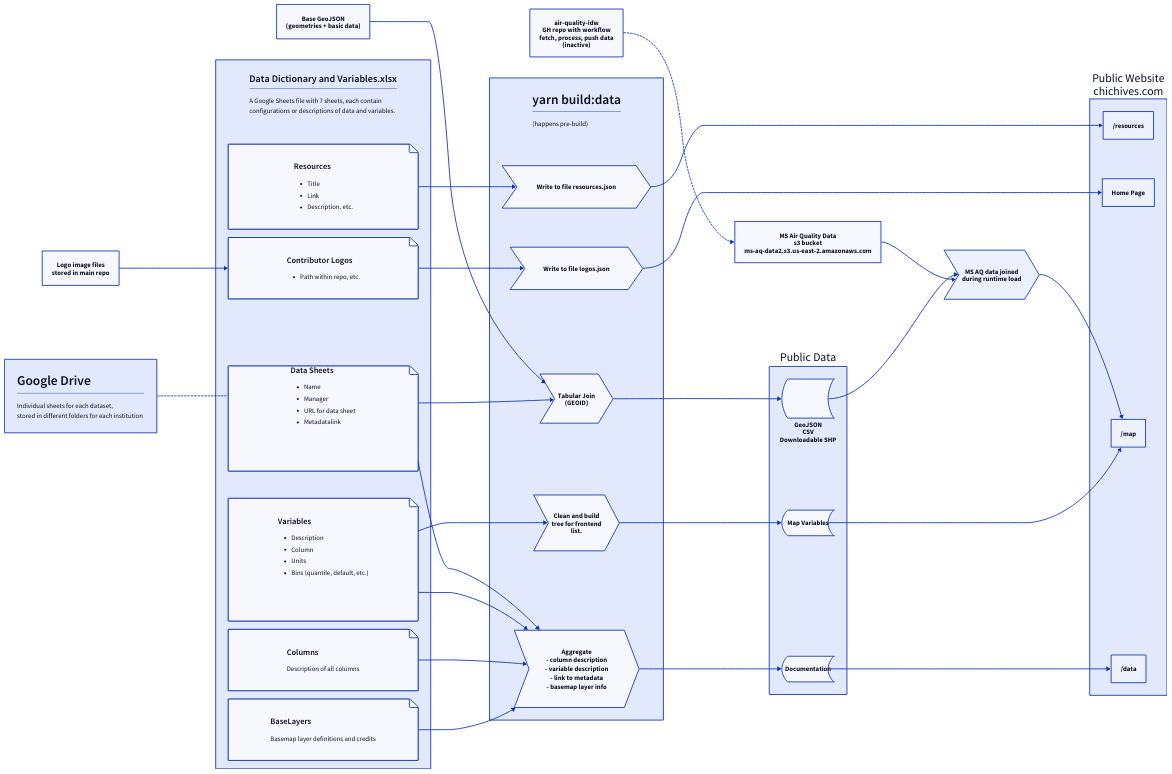
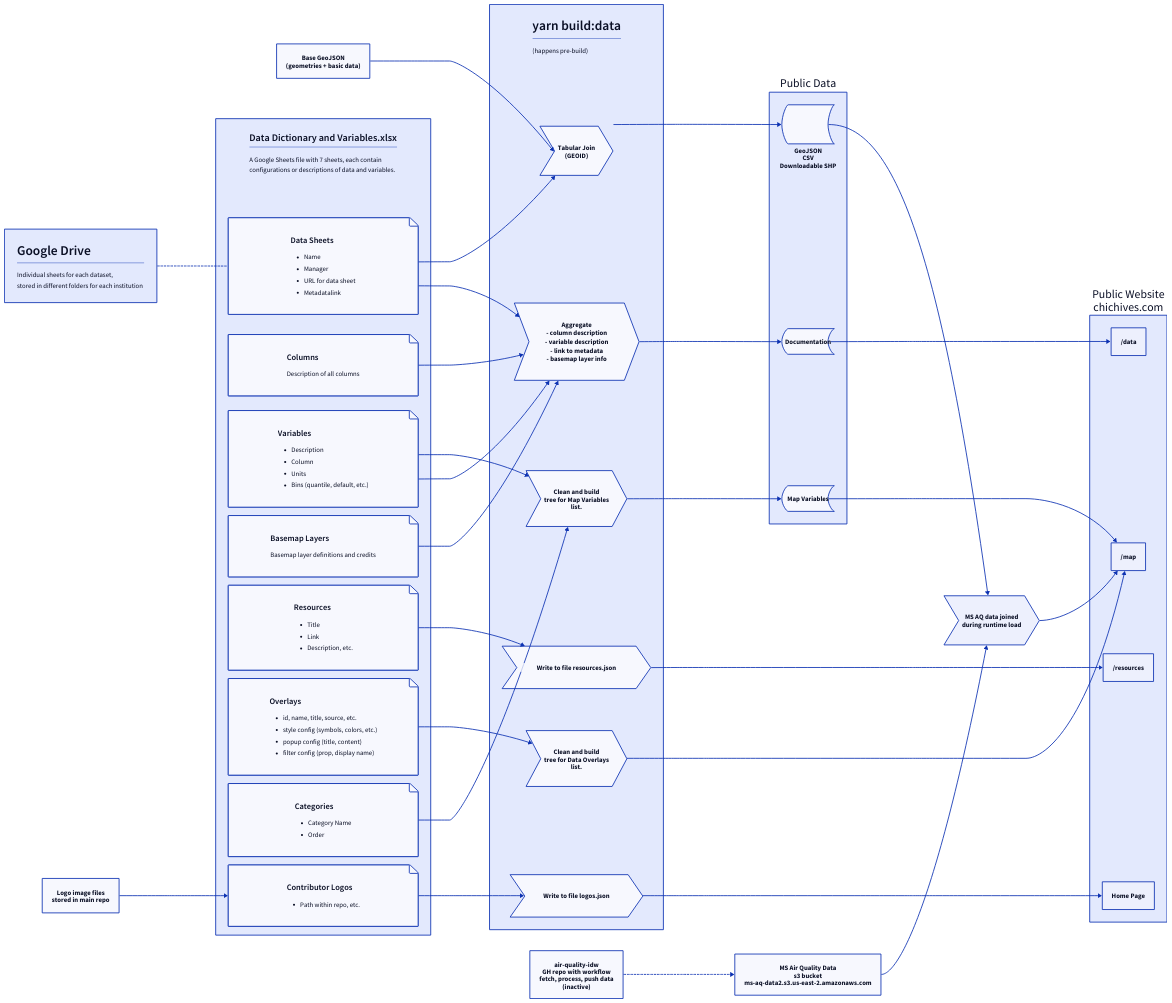
The diagram in docs/chives-build-data.d2 (healthyregions/chicago-environment-explorer), drawn with D2 before and after one commit. The commit also changed 1 other file, not shown here.

Commit message:
update diagram to include overlays table and build process

```diff
--- a/docs/chives-build-data.d2
+++ b/docs/chives-build-data.d2
@@ -1,155 +1,179 @@
 direction: right
 classes: {
     result: {
         shape: circle
         width: 125
     }
     result: {
         shape: stored_data
         width: 125
     }
     input: {
         shape: page
     }
 }
 
 outputs.*.class: result
 
 
 # define all inputs
 gdrive: ""
 gdrive.text: |md
 # Google Drive
 Individual sheets for each dataset,<br/>
 stored in different folders for each institution|
 
 base-geo: Base GeoJSON\n(geometries + basic data)
 logos: Logo image files\nstored in main repo
 
 inputs: ""
 inputs.text: |md
 ## Data Dictionary and Variables.xlsx
 
 A Google Sheets file with 7 sheets, each contain<br/>
 configurations or descriptions of data and variables.|
 inputs.data-sheets: ""
 inputs.data-sheets.text: |md
 ### Data Sheets
 - Name
 - Manager
 - URL for data sheet
 - Metadatalink|
 inputs.data-sheets.class: input
 inputs.cols: ""
 inputs.cols.class: input
 inputs.cols.text: |md 
 ### Columns
 Description of all columns|
 inputs.variables: ""
 inputs.variables.class: input
 inputs.variables.text: |md 
 ### Variables
 - Description
 - Column
 - Units
 - Bins (quantile, default, etc.)|
 inputs.baselayers: ""
 inputs.baselayers.class: input
 inputs.baselayers.text: |md 
-### BaseLayers
+### Basemap Layers
 Basemap layer definitions and credits|
 inputs.logos: ""
 inputs.logos.class: input
 inputs.logos.text: |md 
 ### Contributor Logos
 - Path within repo, etc.|
 inputs.resources: ""
 inputs.resources.class: input
 inputs.resources.text: |md 
 ### Resources
 - Title
 - Link
 - Description, etc.|
+
+inputs.overlays: ""
+inputs.overlays.class: input
+inputs.overlays.text: |md 
+### Overlays
+- id, name, title, source, etc.
+- style config (symbols, colors, etc.)
+- popup config (title, content)
+- filter config (prop, display name)|
+
+inputs.categories: ""
+inputs.categories.class: input
+inputs.categories.text: |md 
+### Categories
+- Category Name
+- Order|
 
 gdrive -- inputs.data-sheets {
     style: {
         stroke-dash: 2
     }
 }
 
 # define all outputs
 outputs: Public Data
 outputs.mapvars: Map Variables
 outputs.data: GeoJSON\nCSV\nDownloadable SHP
 outputs.docs: Documentation
 
 ybd: ''
 ybd.text: |md
 # yarn build:data
 
 (happens pre-build)|
 
 
 ybd.tab-join: Tabular Join\n(GEOID)
 ybd.tab-join.shape: step
 
 inputs.data-sheets -> ybd.tab-join
 base-geo -> ybd.tab-join -> outputs.data
 
 # set 2
-ybd.clean: Clean and build\ntree for frontend\nlist.
+ybd.clean: Clean and build\ntree for Map Variables\nlist.
 ybd.clean.shape: step
 
+inputs.categories -> ybd.clean
 inputs.variables -> ybd.clean -> outputs.mapvars
+
+ybd.clean2: Clean and build\ntree for Data Overlays\nlist.
+ybd.clean2.shape: step
+
+inputs.overlays -> ybd.clean2
 
 # set 3
 ybd.agg: |md
 Aggregate
 - column description
 - variable description
 - link to metadata
 - basemap layer info|
 ybd.agg.shape: step
 
 inputs.baselayers -> ybd.agg
 inputs.cols -> ybd.agg
 inputs.variables -> ybd.agg
 inputs.data-sheets -> ybd.agg
 ybd.agg -> outputs.docs
 
 # set 4
 ybd.agg2: |md
 Write to file resources.json|
 ybd.agg2.shape: step
 
 inputs.resources -> ybd.agg2
 ybd.agg2 -> site.guide
 
 # set 5
 ybd.agg3: |md
 Write to file logos.json|
 ybd.agg3.shape: step
 
 logos -> inputs.logos
 inputs.logos -> ybd.agg3
 ybd.agg3 -> site.Home Page
 
 idw-repo: air-quality-idw\nGH repo with workflow\nfetch, process, push data\n(inactive)
 idw-repo -> aq-bucket {
     style: {
         stroke-dash: 2
     }
 }
 aq-bucket: MS Air Quality Data\ns3 bucket\nms-aq-data2.s3.us-east-2.amazonaws.com
 aq-join: MS AQ data joined\nduring runtime load
 aq-join.shape: step
 aq-bucket -> aq-join
 
 site: Public Website\nchichives.com
 site.map: /map
 site.docs: /data
 site.guide: /resources
 
 outputs.docs -> site.docs
 outputs.mapvars -> site.map
 outputs.data -> aq-join -> site.map
+
+ybd.clean2 -> site.map
```
